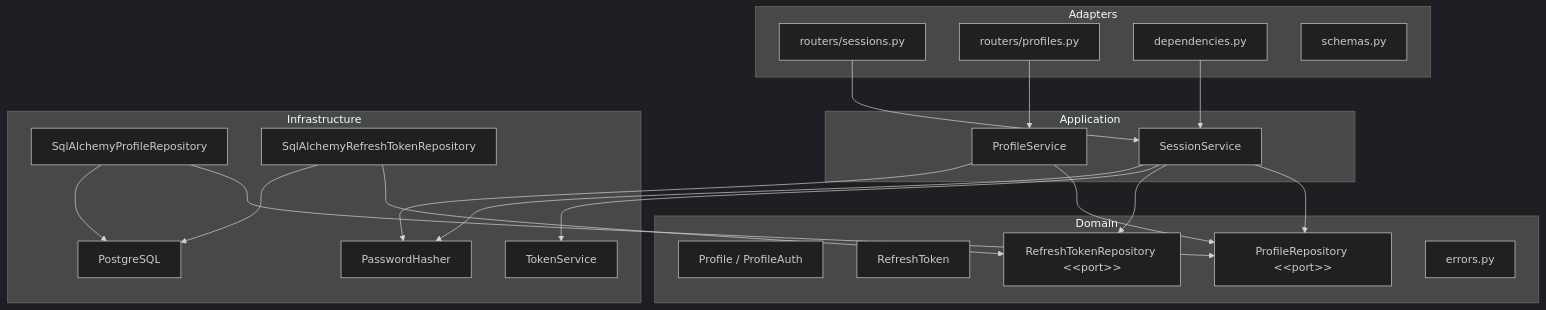
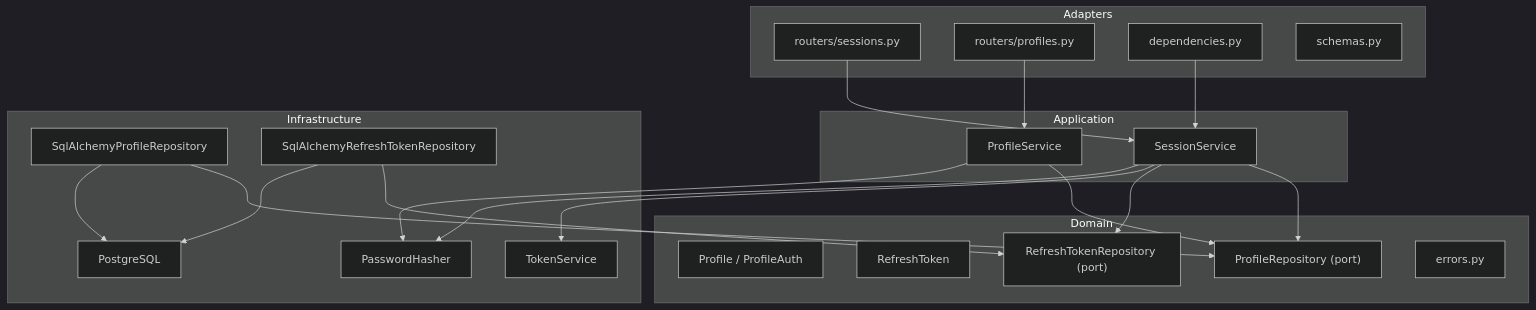
The fifth of 11 diagrams in backend/README.md (WakandianShield/ecommerce), drawn with Mermaid (dark theme) before and after one commit. The commit also changed other lines of this file and 3 other files, not shown here.

````diff
--- a/backend/README.md
+++ b/backend/README.md
@@ -280,44 +292,44 @@
 ```mermaid
 graph TD
     subgraph Adapters
         A1[routers/sessions.py]
         A2[routers/profiles.py]
         A3[dependencies.py]
         A4[schemas.py]
     end
 
     subgraph Application
         B1[SessionService]
         B2[ProfileService]
     end
 
     subgraph Domain
         C1[Profile / ProfileAuth]
         C2[RefreshToken]
-        C3[ProfileRepository &lt;&lt;port&gt;&gt;]
-        C4[RefreshTokenRepository &lt;&lt;port&gt;&gt;]
+        C3["ProfileRepository (port)"]
+        C4["RefreshTokenRepository (port)"]
         C5[errors.py]
     end
 
     subgraph Infrastructure
         D1[SqlAlchemyProfileRepository]
         D2[SqlAlchemyRefreshTokenRepository]
         D3[TokenService]
         D4[PasswordHasher]
         D5[PostgreSQL]
     end
 
     A1 --> B1
     A2 --> B2
     A3 --> B1
     B1 --> C3
     B1 --> C4
     B1 --> D3
     B1 --> D4
     B2 --> C3
     B2 --> D4
     D1 --> C3
     D2 --> C4
     D1 --> D5
     D2 --> D5
 ```
````
